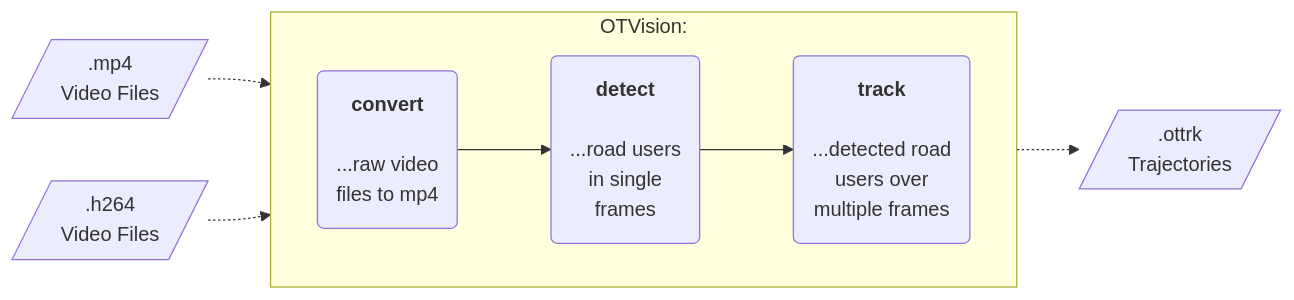
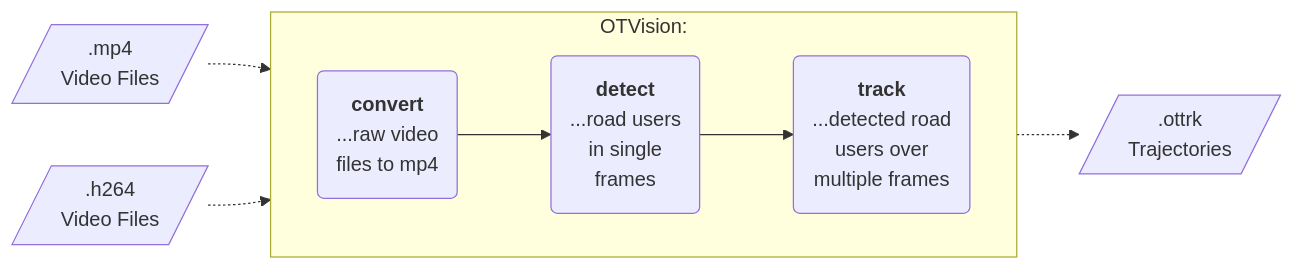
One commit to OpenTrafficCam/OTDocs changed the diagram in docs/OTVision/index.md. Above: the diagram before and after it, drawn with Mermaid.

Commit message:
update mermaid OTVision diagram

````diff
--- a/docs/OTVision/index.md
+++ b/docs/OTVision/index.md
@@ -13,13 +13,24 @@
 ```mermaid
 graph LR
     subgraph OTVision["OTVision:"]
         direction LR
-        conv(<b>convert</b>\n\n...raw video\nfiles to mp4)
-        det(<b>detect</b>\n\n...road users\nin single\nframes)
-        tr(<b>track</b>\n\n...detected road\nusers over\nmultiple frames)
+        conv(<b>convert</b>
+        ...raw video
+        files to mp4)
+        det(<b>detect</b>
+        ...road users
+        in single
+        frames)
+        tr(<b>track</b>
+        ...detected road
+        users over
+        multiple frames)
         conv --> det --> tr
     end
-    tr .-> traj[/.ottrk\nTrajectories/]
-    vf[/.mp4\nVideo Files/] .-> det
-    rvf[/.h264\nVideo Files/] .-> conv
+    tr .-> traj[/.ottrk
+    Trajectories/]
+    vf[/.mp4
+    Video Files/] .-> det
+    rvf[/.h264
+    Video Files/] .-> conv
 ```
````
